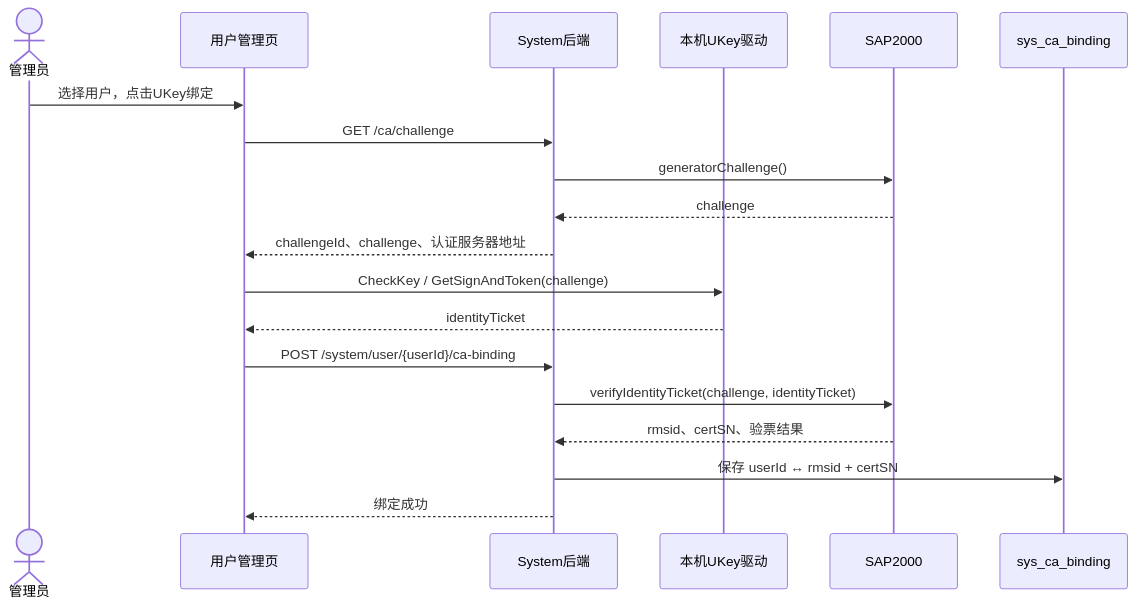
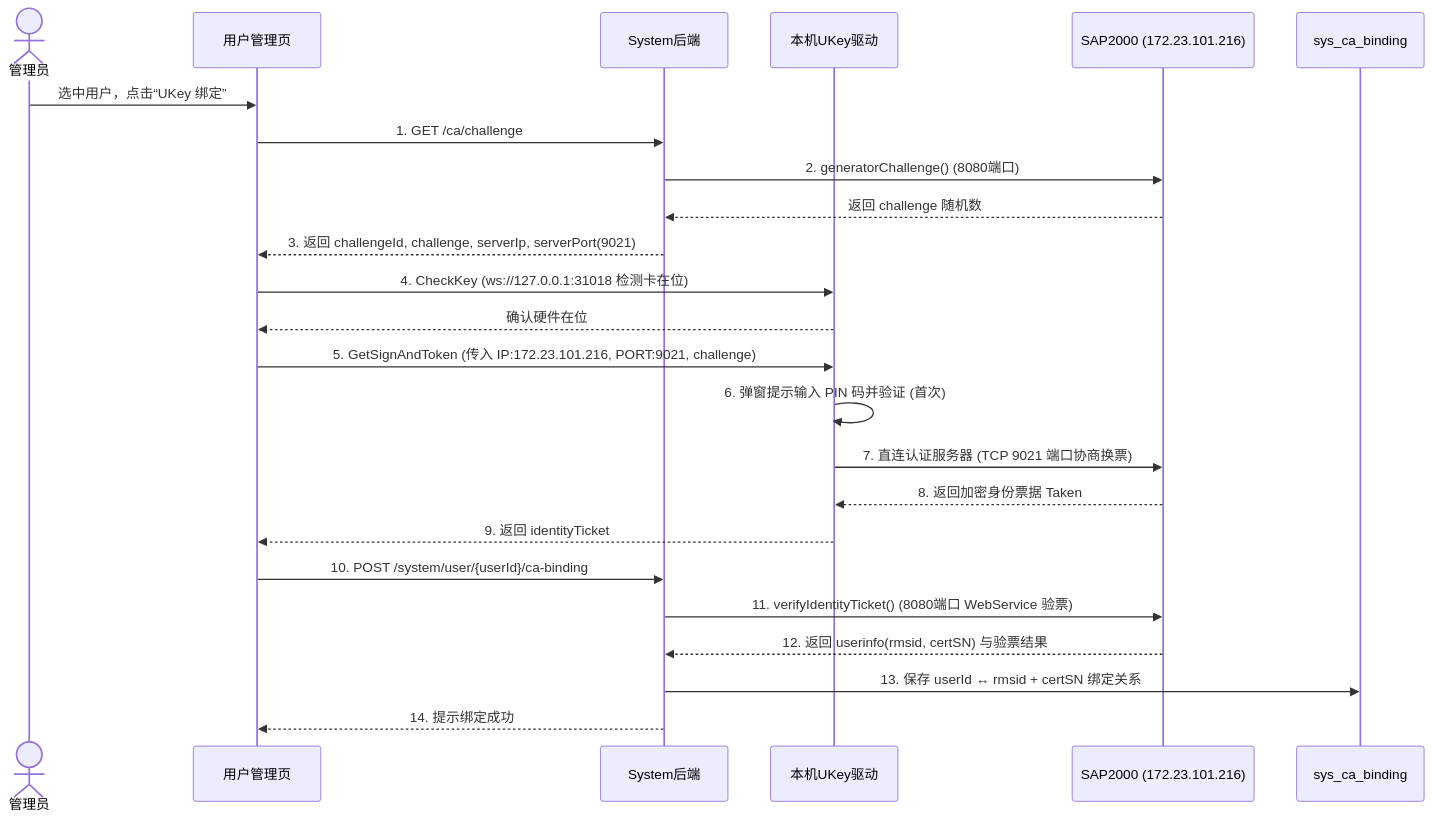
One commit to Rookie94/drug-system changed the first of 2 diagrams in CA_UKEY_LOGIN.md. Above: the diagram before and after it, drawn with Mermaid. The commit also changed other lines of this file and 1 other file, not shown here.

````diff
--- a/CA_UKEY_LOGIN.md
+++ b/CA_UKEY_LOGIN.md
@@ -9,21 +40,30 @@
 ```mermaid
 sequenceDiagram
     actor Admin as 管理员
     participant Front as 用户管理页
     participant API as System后端
     participant Driver as 本机UKey驱动
-    participant CA as SAP2000
+    participant CA as SAP2000 (172.23.101.216)
     participant DB as sys_ca_binding
-    Admin->>Front: 选择用户，点击UKey绑定
-    Front->>API: GET /ca/challenge
-    API->>CA: generatorChallenge()
-    CA-->>API: challenge
-    API-->>Front: challengeId、challenge、认证服务器地址
-    Front->>Driver: CheckKey / GetSignAndToken(challenge)
-    Driver-->>Front: identityTicket
-    Front->>API: POST /system/user/{userId}/ca-binding
-    API->>CA: verifyIdentityTicket(challenge, identityTicket)
-    CA-->>API: rmsid、certSN、验票结果
-    API->>DB: 保存 userId ↔ rmsid + certSN
-    API-->>Front: 绑定成功
+
+    Admin->>Front: 选中用户，点击“UKey 绑定”
+    Front->>API: 1. GET /ca/challenge
+    API->>CA: 2. generatorChallenge() (8080端口)
+    CA-->>API: 返回 challenge 随机数
+    API-->>Front: 3. 返回 challengeId, challenge, serverIp, serverPort(9021)
+    
+    Front->>Driver: 4. CheckKey (ws://127.0.0.1:31018 检测卡在位)
+    Driver-->>Front: 确认硬件在位
+    
+    Front->>Driver: 5. GetSignAndToken (传入 IP:172.23.101.216, PORT:9021, challenge)
+    Driver->>Driver: 6. 弹窗提示输入 PIN 码并验证 (首次)
+    Driver->>CA: 7. 直连认证服务器 (TCP 9021 端口协商换票)
+    CA-->>Driver: 8. 返回加密身份票据 Taken
+    Driver-->>Front: 9. 返回 identityTicket
+    
+    Front->>API: 10. POST /system/user/{userId}/ca-binding
+    API->>CA: 11. verifyIdentityTicket() (8080端口 WebService 验票)
+    CA-->>API: 12. 返回 userinfo(rmsid, certSN) 与验票结果
+    API->>DB: 13. 保存 userId ↔ rmsid + certSN 绑定关系
+    API-->>Front: 14. 提示绑定成功
 ```
````
